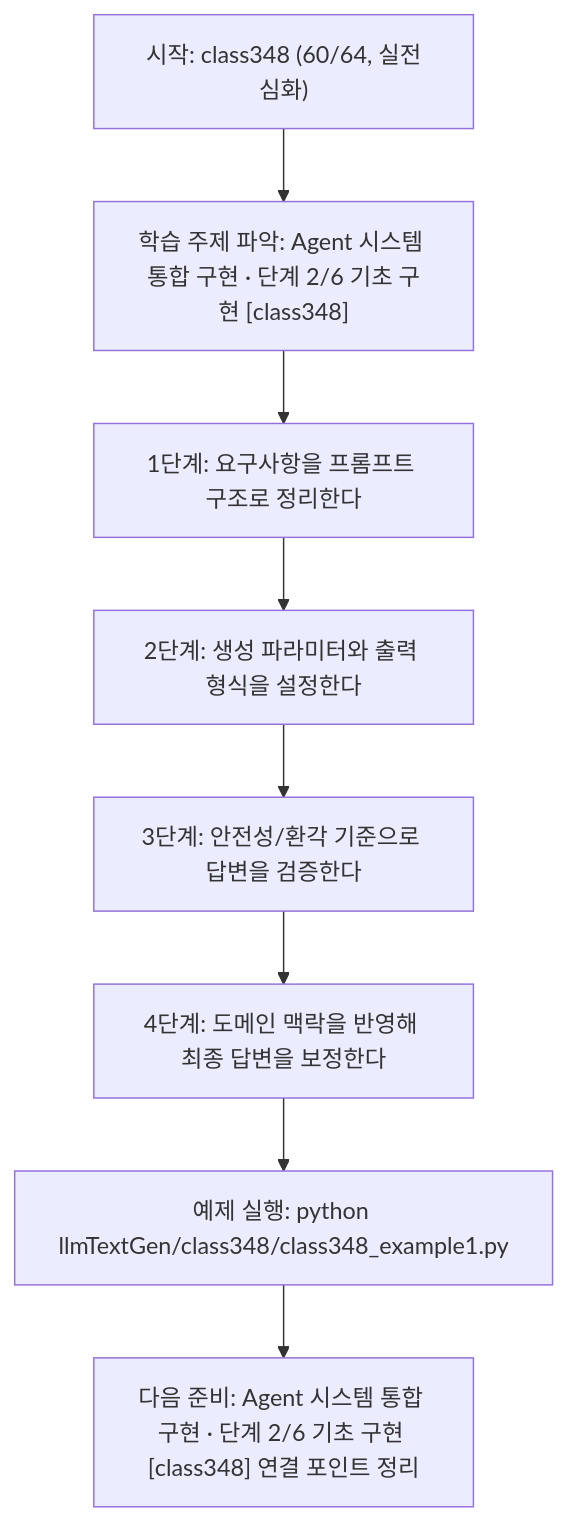
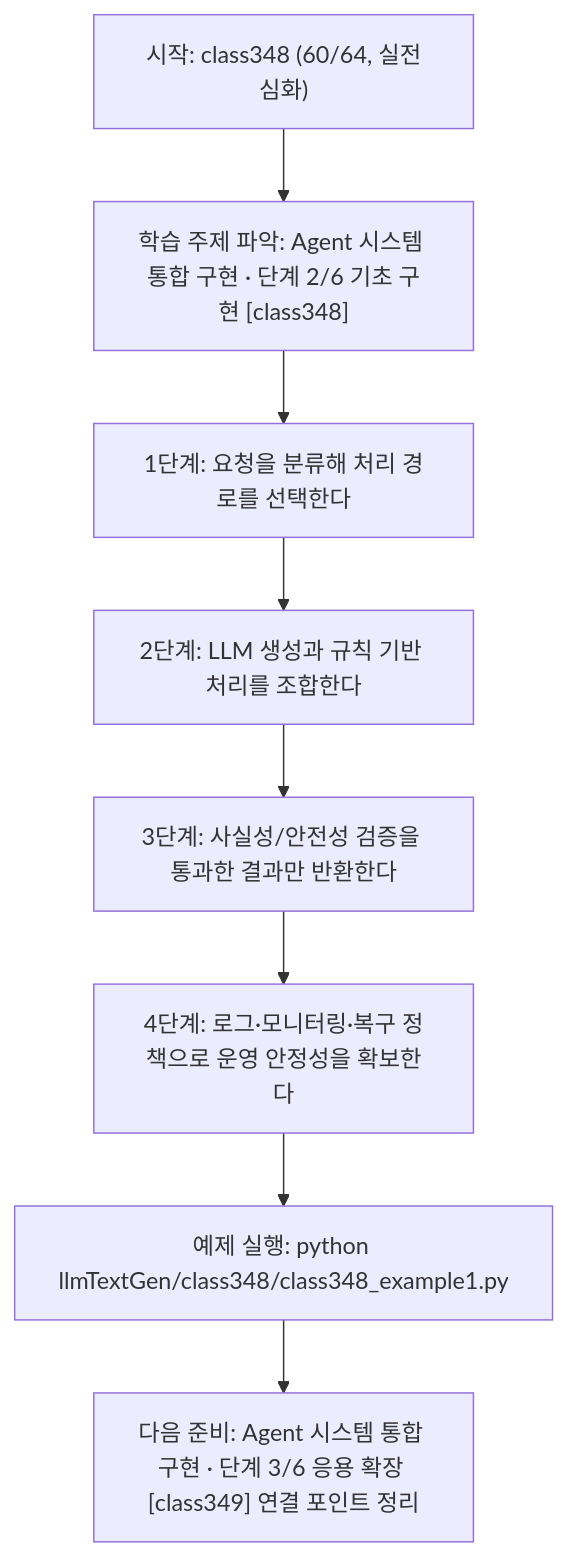
One commit to edumgt/Python-AI_Agent-Class changed the diagram in llmTextGen/class348/class348.md. Above: the diagram before and after it, drawn with Mermaid. The commit also changed other lines of this file and 451 other files, not shown here.

````diff
--- a/llmTextGen/class348/class348.md
+++ b/llmTextGen/class348/class348.md
@@ -115,18 +95,18 @@
 ```mermaid
 flowchart TD
 N1["시작: class348 (60/64, 실전심화)"]
 N2["학습 주제 파악: Agent 시스템 통합 구현 · 단계 2/6 기초 구현 [class348]"]
-N3["1단계: 요구사항을 프롬프트 구조로 정리한다"]
-N4["2단계: 생성 파라미터와 출력 형식을 설정한다"]
-N5["3단계: 안전성/환각 기준으로 답변을 검증한다"]
-N6["4단계: 도메인 맥락을 반영해 최종 답변을 보정한다"]
+N3["1단계: 요청을 분류해 처리 경로를 선택한다"]
+N4["2단계: LLM 생성과 규칙 기반 처리를 조합한다"]
+N5["3단계: 사실성/안전성 검증을 통과한 결과만 반환한다"]
+N6["4단계: 로그·모니터링·복구 정책으로 운영 안정성을 확보한다"]
 N7["예제 실행: python llmTextGen/class348/class348_example1.py"]
-N8["다음 준비: Agent 시스템 통합 구현 · 단계 2/6 기초 구현 [class348] 연결 포인트 정리"]
+N8["다음 준비: Agent 시스템 통합 구현 · 단계 3/6 응용 확장 [class349] 연결 포인트 정리"]
 N1 --> N2
 N2 --> N3
 N3 --> N4
 N4 --> N5
 N5 --> N6
 N6 --> N7
 N7 --> N8
 ```
````
